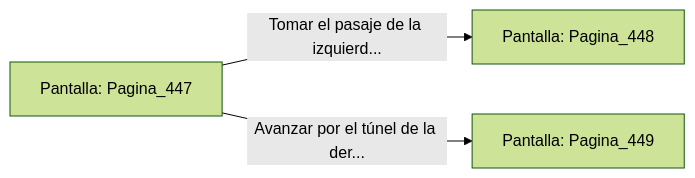
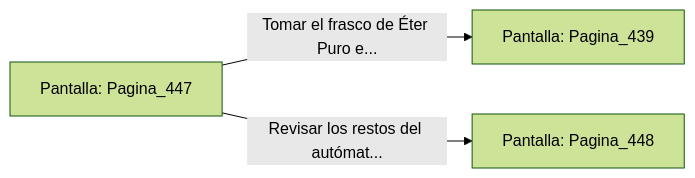
The diagram in sample/eligejuego-vault/Pantalla_Pagina_447.md (metsuke/mpl), drawn with Mermaid (forest theme) before and after one commit. The commit also changed other lines of this file and 635 other files, not shown here.

First line of the commit message:
fix: añadir Pagina_1 como pantalla inicial en capitulo_01.mpl

````diff
--- a/sample/eligejuego-vault/Pantalla_Pagina_447.md
+++ b/sample/eligejuego-vault/Pantalla_Pagina_447.md
@@ -20,6 +24,6 @@
 ```mermaid
 graph LR
     P_Pagina_447["Pantalla: Pagina_447"]
-    P_Pagina_447 -->|"Tomar el pasaje de la izquierd..."| P_Pagina_448["Pantalla: Pagina_448"]
-    P_Pagina_447 -->|"Avanzar por el túnel de la der..."| P_Pagina_449["Pantalla: Pagina_449"]
+    P_Pagina_447 -->|"Tomar el frasco de Éter Puro e..."| P_Pagina_439["Pantalla: Pagina_439"]
+    P_Pagina_447 -->|"Revisar los restos del autómat..."| P_Pagina_448["Pantalla: Pagina_448"]
 ```
````
